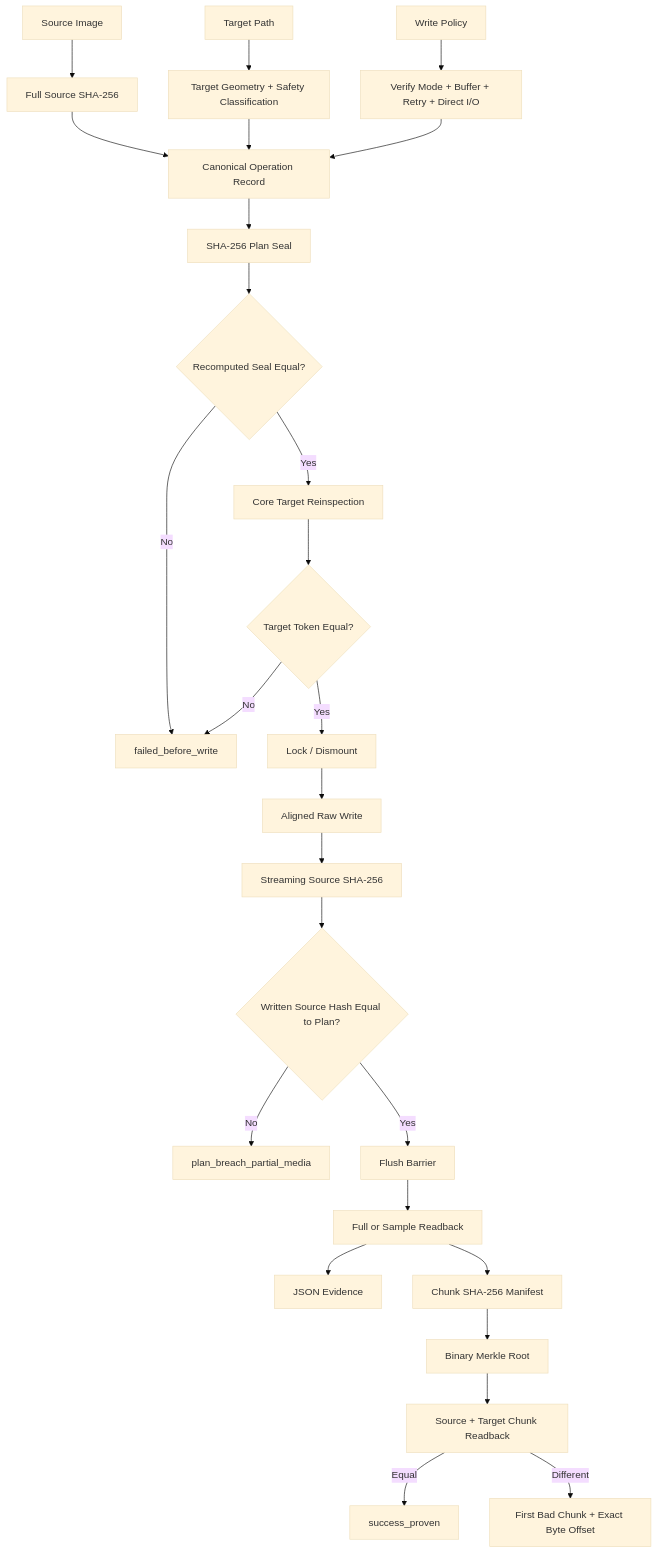
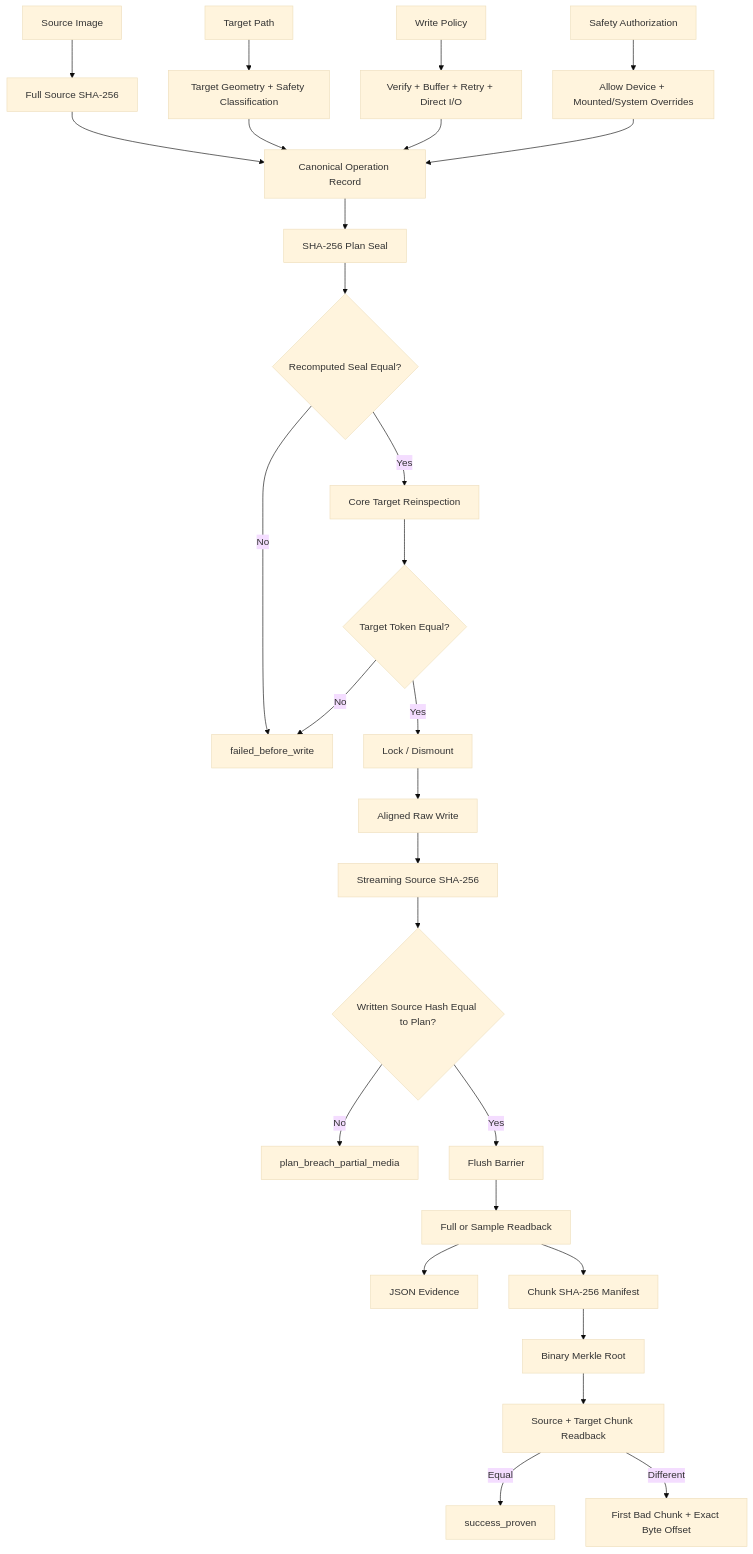
Before and after one commit to Deadbytes101/DEADFLASH: the first of 2 diagrams in docs/ARCHITECTURE.md, drawn with Mermaid (base theme). The commit also changed other lines of this file, not shown here.

Commit message:
bind safety authorization into architecture

````diff
--- a/docs/ARCHITECTURE.md
+++ b/docs/ARCHITECTURE.md
@@ -25,28 +25,30 @@
 ```mermaid
 flowchart TD
     A[Source Image] --> B[Full Source SHA-256]
     C[Target Path] --> D[Target Geometry + Safety Classification]
-    E[Write Policy] --> F[Verify Mode + Buffer + Retry + Direct I/O]
+    E[Write Policy] --> F[Verify + Buffer + Retry + Direct I/O]
+    SA[Safety Authorization] --> SF[Allow Device + Mounted/System Overrides]
     B --> G[Canonical Operation Record]
     D --> G
     F --> G
+    SF --> G
     G --> H[SHA-256 Plan Seal]
     H --> I{Recomputed Seal Equal?}
     I -->|No| X[failed_before_write]
     I -->|Yes| J[Core Target Reinspection]
     J --> K{Target Token Equal?}
     K -->|No| X
     K -->|Yes| L[Lock / Dismount]
     L --> M[Aligned Raw Write]
     M --> N[Streaming Source SHA-256]
     N --> O{Written Source Hash Equal to Plan?}
     O -->|No| P[plan_breach_partial_media]
     O -->|Yes| Q[Flush Barrier]
     Q --> R[Full or Sample Readback]
     R --> S[JSON Evidence]
     R --> T[Chunk SHA-256 Manifest]
     T --> U[Binary Merkle Root]
     U --> V[Source + Target Chunk Readback]
     V -->|Equal| W[success_proven]
     V -->|Different| Y[First Bad Chunk + Exact Byte Offset]
 ```
````
